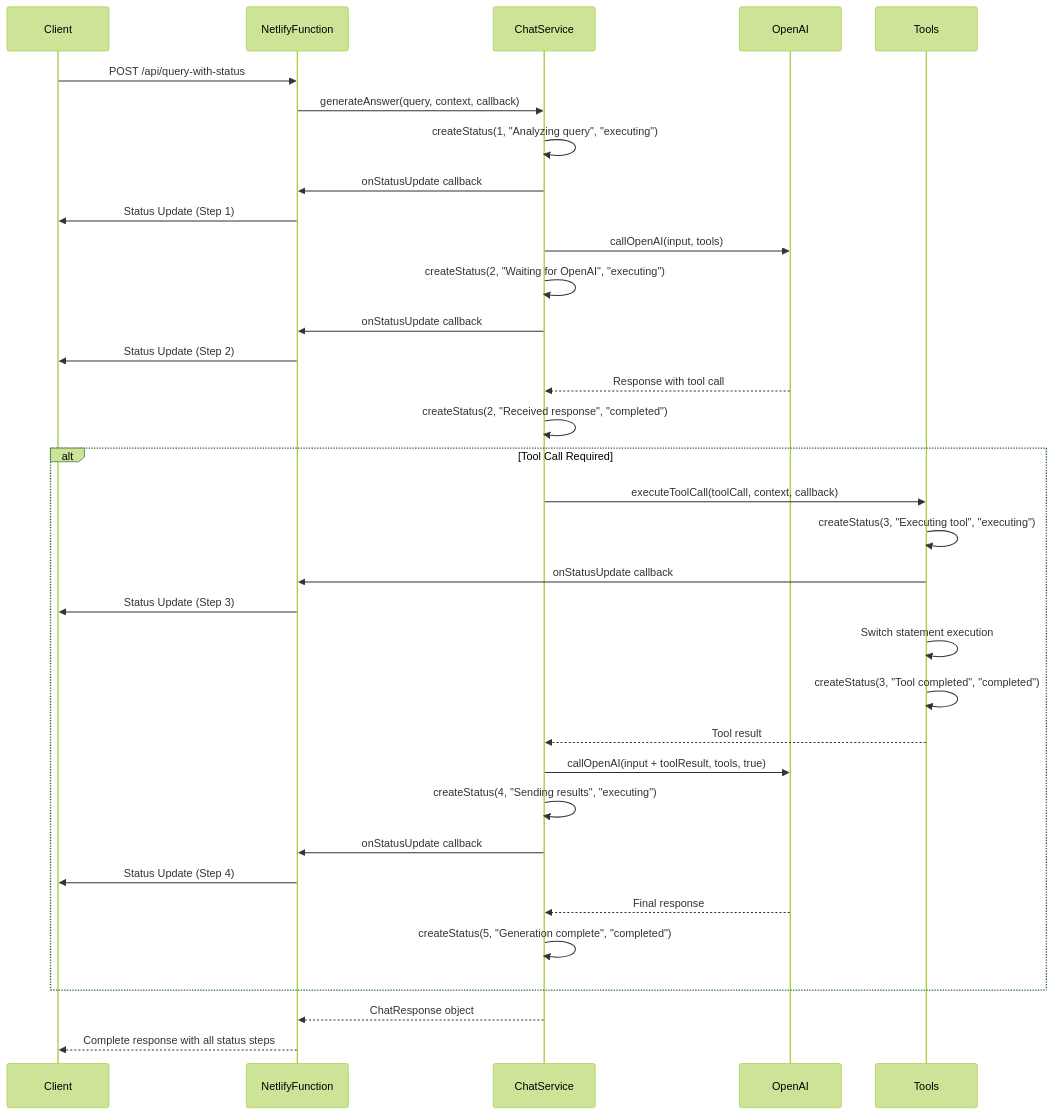
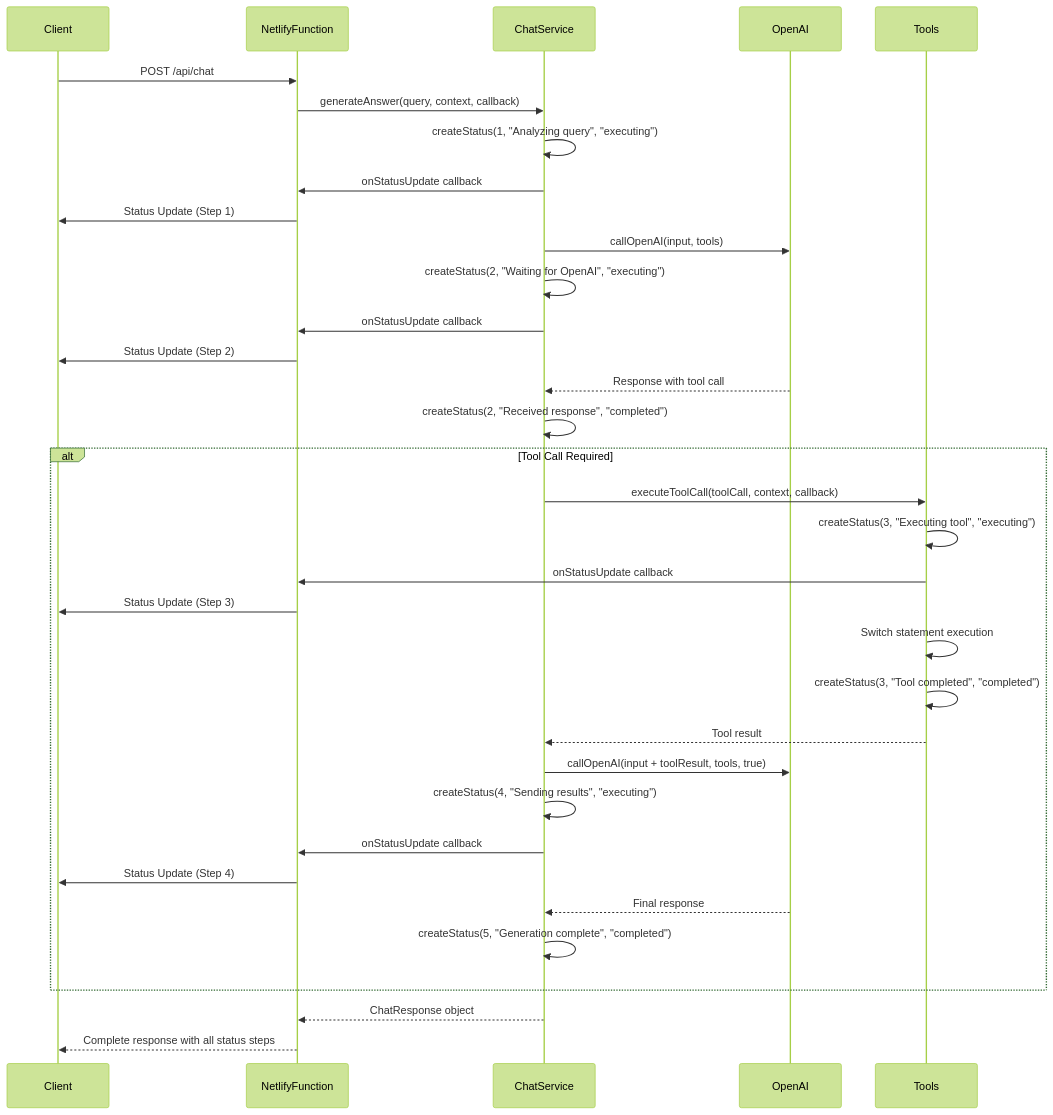
The fifth of 7 diagrams in docs/chat-system-diagrams.md (rlynjb/adventurecue), drawn with Mermaid (forest theme) before and after one commit. The commit also changed 11 other files, not shown here.

````diff
--- a/docs/chat-system-diagrams.md
+++ b/docs/chat-system-diagrams.md
@@ -234,45 +234,45 @@
 ```mermaid
 sequenceDiagram
     participant Client
     participant NetlifyFunction
     participant ChatService
     participant OpenAI
     participant Tools
 
-    Client->>NetlifyFunction: POST /api/query-with-status
+    Client->>NetlifyFunction: POST /api/chat
     NetlifyFunction->>ChatService: generateAnswer(query, context, callback)
 
     ChatService->>ChatService: createStatus(1, "Analyzing query", "executing")
     ChatService->>NetlifyFunction: onStatusUpdate callback
     NetlifyFunction->>Client: Status Update (Step 1)
 
     ChatService->>OpenAI: callOpenAI(input, tools)
     ChatService->>ChatService: createStatus(2, "Waiting for OpenAI", "executing")
     ChatService->>NetlifyFunction: onStatusUpdate callback
     NetlifyFunction->>Client: Status Update (Step 2)
 
     OpenAI-->>ChatService: Response with tool call
     ChatService->>ChatService: createStatus(2, "Received response", "completed")
 
     alt Tool Call Required
         ChatService->>Tools: executeToolCall(toolCall, context, callback)
         Tools->>Tools: createStatus(3, "Executing tool", "executing")
         Tools->>NetlifyFunction: onStatusUpdate callback
         NetlifyFunction->>Client: Status Update (Step 3)
 
         Tools->>Tools: Switch statement execution
         Tools->>Tools: createStatus(3, "Tool completed", "completed")
         Tools-->>ChatService: Tool result
 
         ChatService->>OpenAI: callOpenAI(input + toolResult, tools, true)
         ChatService->>ChatService: createStatus(4, "Sending results", "executing")
         ChatService->>NetlifyFunction: onStatusUpdate callback
         NetlifyFunction->>Client: Status Update (Step 4)
 
         OpenAI-->>ChatService: Final response
         ChatService->>ChatService: createStatus(5, "Generation complete", "completed")
     end
 
     ChatService-->>NetlifyFunction: ChatResponse object
     NetlifyFunction-->>Client: Complete response with all status steps
 ```
````
